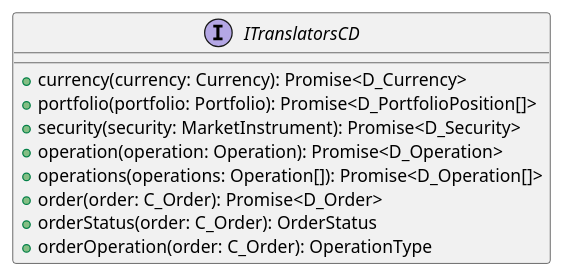
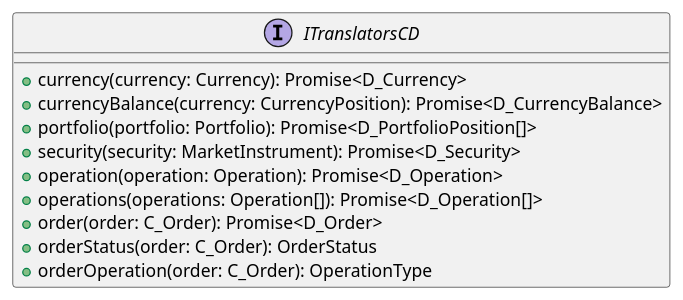
One commit to d0rich/tradeb0t changed the diagram in docs/src/cdTranslators.puml. Above: the diagram before and after it, drawn with PlantUML. The commit also changed 7 other files, not shown here.

Commit message:
Create diagrams

```diff
--- a/docs/src/cdTranslators.puml
+++ b/docs/src/cdTranslators.puml
@@ -1,12 +1,13 @@
 @startuml
 interface ITranslatorsCD {
     +currency(currency: Currency): Promise<D_Currency>
+    +currencyBalance(currency: CurrencyPosition): Promise<D_CurrencyBalance>
     +portfolio(portfolio: Portfolio): Promise<D_PortfolioPosition[]>
     +security(security: MarketInstrument): Promise<D_Security>
     +operation(operation: Operation): Promise<D_Operation>
     +operations(operations: Operation[]): Promise<D_Operation[]>
     +order(order: C_Order): Promise<D_Order>
     +orderStatus(order: C_Order): OrderStatus
     +orderOperation(order: C_Order): OperationType
 }
 @enduml
```
